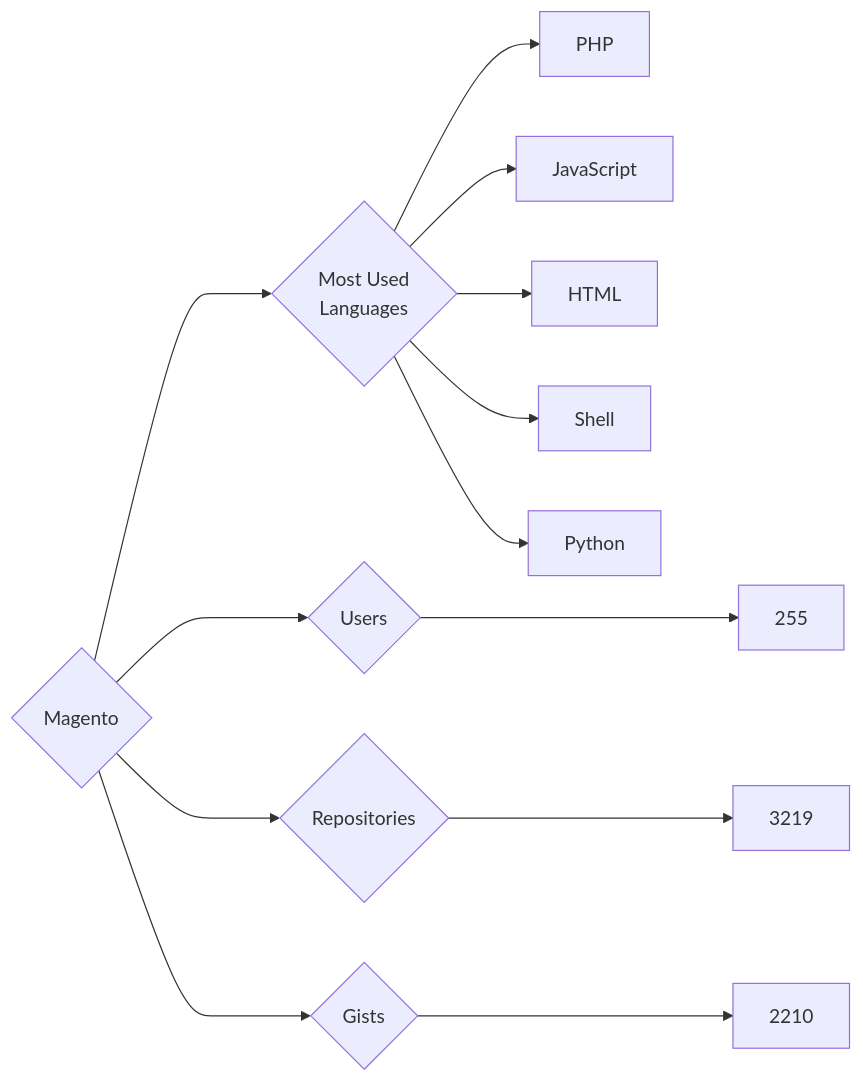
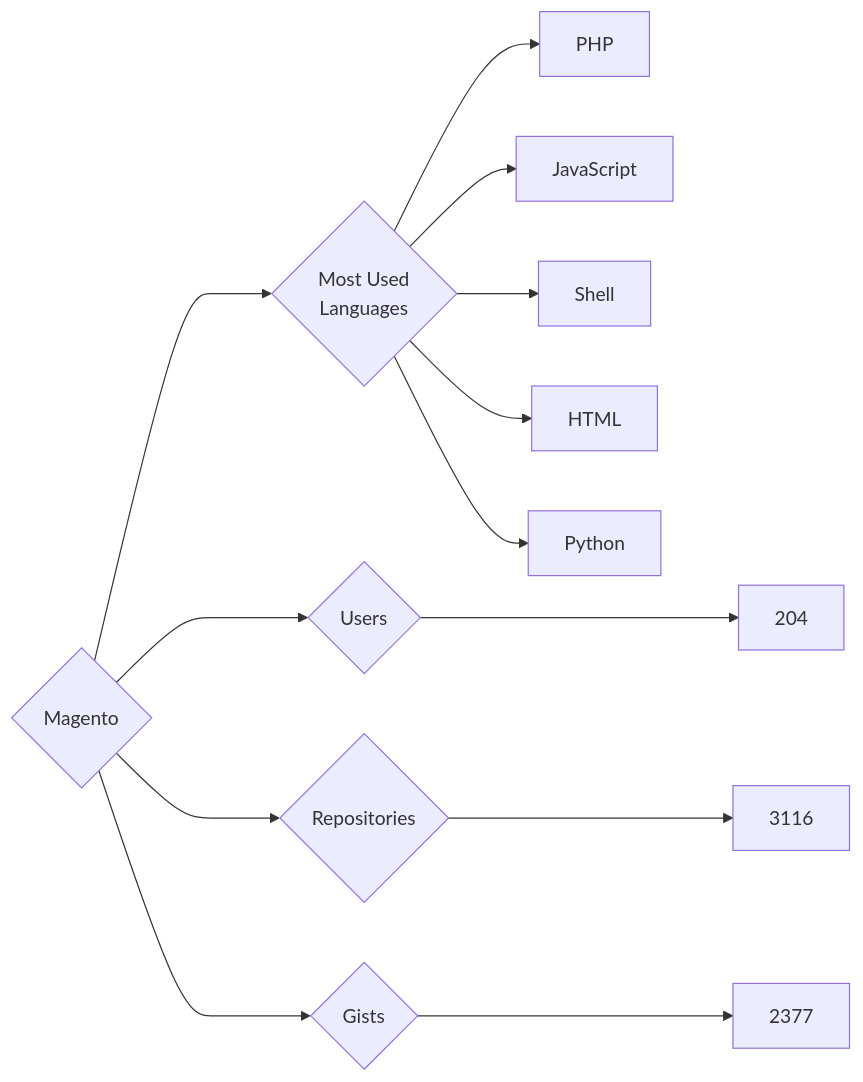
Before and after one commit to trickest/insiders: the diagram in targets/Magento/README.md, drawn with Mermaid. The commit also changed 815 other files, not shown here.

````diff
--- a/targets/Magento/README.md
+++ b/targets/Magento/README.md
@@ -3,13 +3,13 @@
 ```mermaid
 graph LR
 COMPANY_NAME{Magento}
-COMPANY_NAME ---> U{Users} ---> UN[255]
-COMPANY_NAME ---> R{Repositories} ---> RN[3219]
-COMPANY_NAME ---> G{Gists} ---> GN[2210]
+COMPANY_NAME ---> U{Users} ---> UN[204]
+COMPANY_NAME ---> R{Repositories} ---> RN[3116]
+COMPANY_NAME ---> G{Gists} ---> GN[2377]
 COMPANY_NAME ---> ML{Most Used<br>Languages}
 ML --> PHP[PHP]
 ML --> JavaScript[JavaScript]
+ML --> Shell[Shell]
 ML --> HTML[HTML]
-ML --> Shell[Shell]
 ML --> Python[Python]
 ```
````
